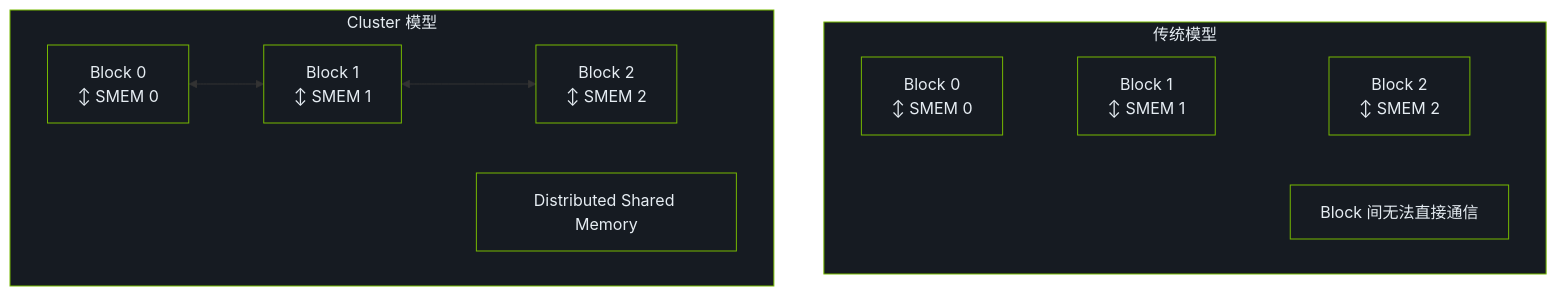
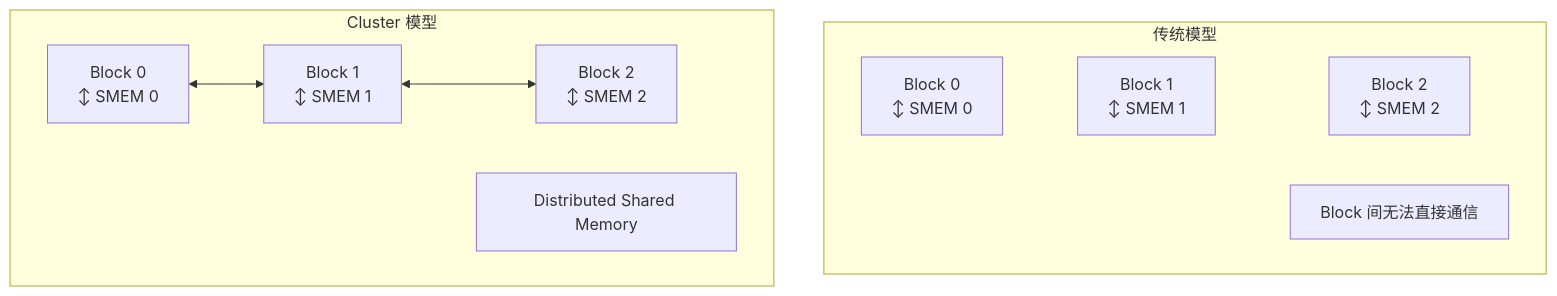
The second of 2 diagrams in docs/zh/modules/03/cuda13-features.md (LessUp/cuda-kernel-academy), drawn with Mermaid before and after one commit. The commit also changed other lines of this file and 45 other files, not shown here.

````diff
--- a/docs/zh/modules/03/cuda13-features.md
+++ b/docs/zh/modules/03/cuda13-features.md
@@ -69,24 +59,14 @@
 ```mermaid
 flowchart TB
     subgraph Old["传统模型"]
         direction LR
         B0["Block 0<br/>↕ SMEM 0"] ~~~ B1["Block 1<br/>↕ SMEM 1"] ~~~ B2["Block 2<br/>↕ SMEM 2"]
         O_note["Block 间无法直接通信"]
     end
 
     subgraph ClusterModel["Cluster 模型"]
         C0["Block 0<br/>↕ SMEM 0"] <--> C1["Block 1<br/>↕ SMEM 1"] <--> C2["Block 2<br/>↕ SMEM 2"]
         C_note["Distributed Shared Memory"]
     end
 
-    style Old fill:#161b22,stroke:#76B900,color:#e6edf3
-    style ClusterModel fill:#161b22,stroke:#76B900,color:#e6edf3
-    style B0 fill:#161b22,stroke:#76B900,color:#e6edf3
-    style B1 fill:#161b22,stroke:#76B900,color:#e6edf3
-    style B2 fill:#161b22,stroke:#76B900,color:#e6edf3
-    style O_note fill:#161b22,stroke:#76B900,color:#e6edf3
-    style C0 fill:#161b22,stroke:#76B900,color:#e6edf3
-    style C1 fill:#161b22,stroke:#76B900,color:#e6edf3
-    style C2 fill:#161b22,stroke:#76B900,color:#e6edf3
-    style C_note fill:#161b22,stroke:#76B900,color:#e6edf3
 ```
````
